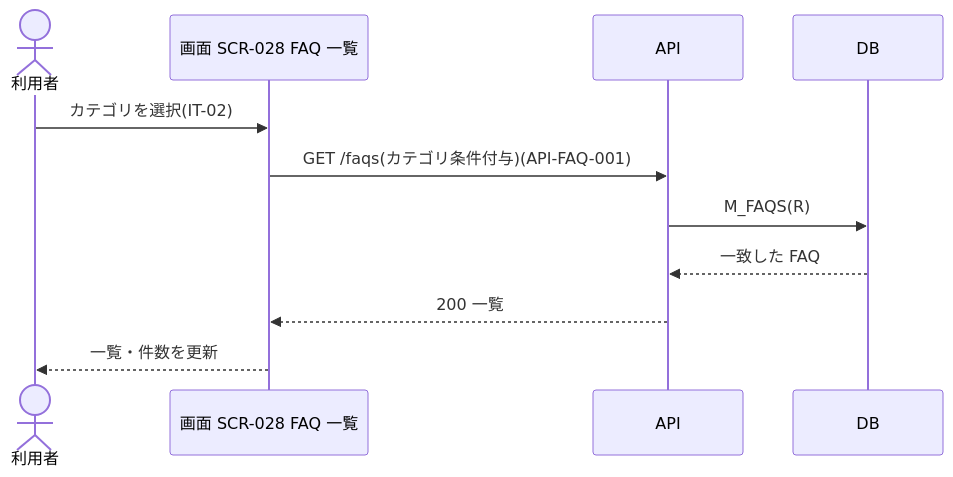
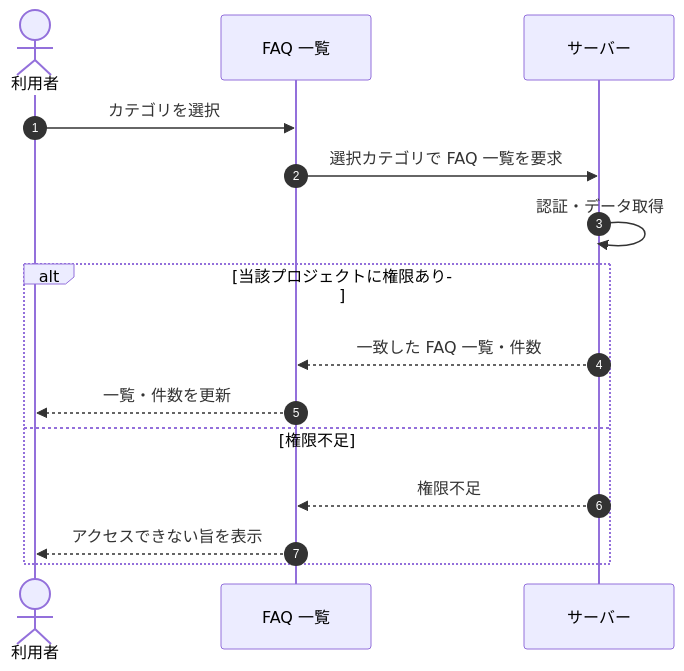
Before and after one commit to sikakou54/open-faq: the diagram in 02_basic_design/05_sequences/SEQ-026.md, drawn with Mermaid. The commit also changed other lines of this file and 108 other files, not shown here.

First line of the commit message:
基本設計: シーケンス図を基本設計粒度(ユーザー/画面/サーバー)へ再編成

````diff
--- a/02_basic_design/05_sequences/SEQ-026.md
+++ b/02_basic_design/05_sequences/SEQ-026.md
@@ -25,13 +32,17 @@
 ```mermaid
 sequenceDiagram
+  autonumber
   actor U as 利用者
-  participant S as 画面 SCR-028 FAQ 一覧
-  participant API as API
-  participant DB as DB
-  U->>S: カテゴリを選択(IT-02)
-  S->>API: GET /faqs(カテゴリ条件付与)(API-FAQ-001)
-  API->>DB: M_FAQS(R)
-  DB-->>API: 一致した FAQ
-  API-->>S: 200 一覧
-  S-->>U: 一覧・件数を更新
+  participant Screen as FAQ 一覧
+  participant Server as サーバー
+  U->>Screen: カテゴリを選択
+  Screen->>Server: 選択カテゴリで FAQ 一覧を要求
+  Server->>Server: 認証・データ取得
+  alt 当該プロジェクトに権限あり
+    Server-->>Screen: 一致した FAQ 一覧・件数
+    Screen-->>U: 一覧・件数を更新
+  else 権限不足
+    Server-->>Screen: 権限不足
+    Screen-->>U: アクセスできない旨を表示
+  end
 ```
````
